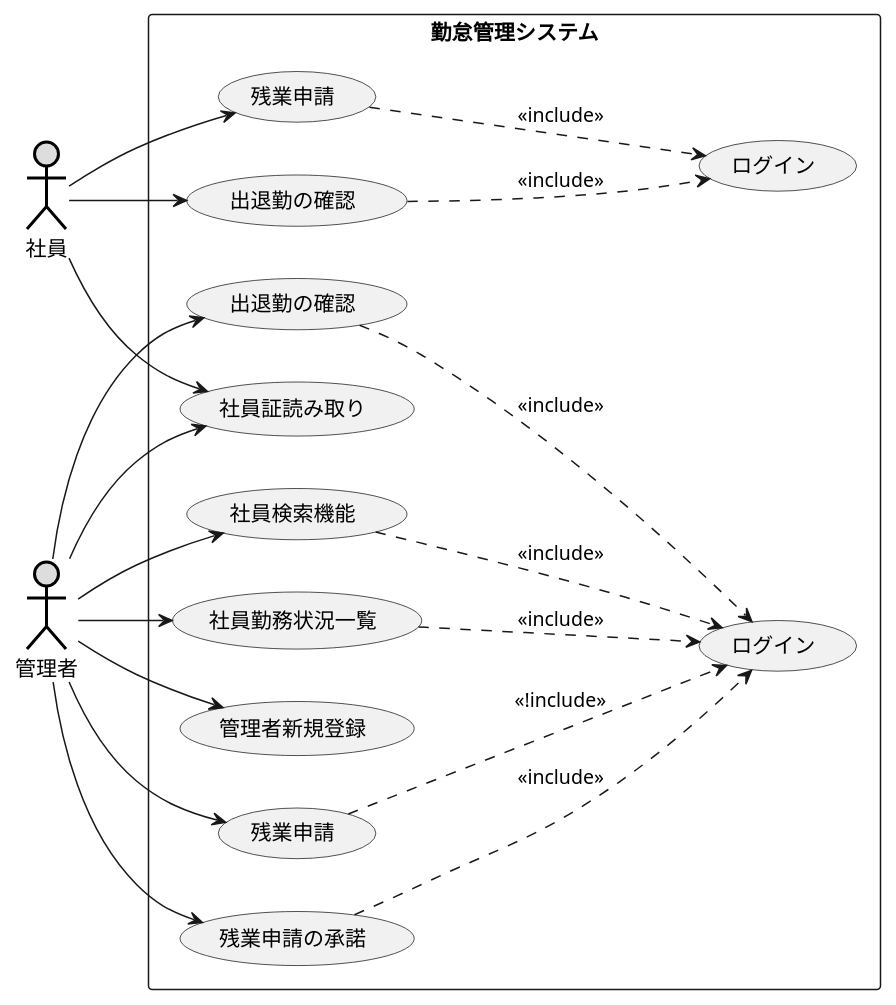
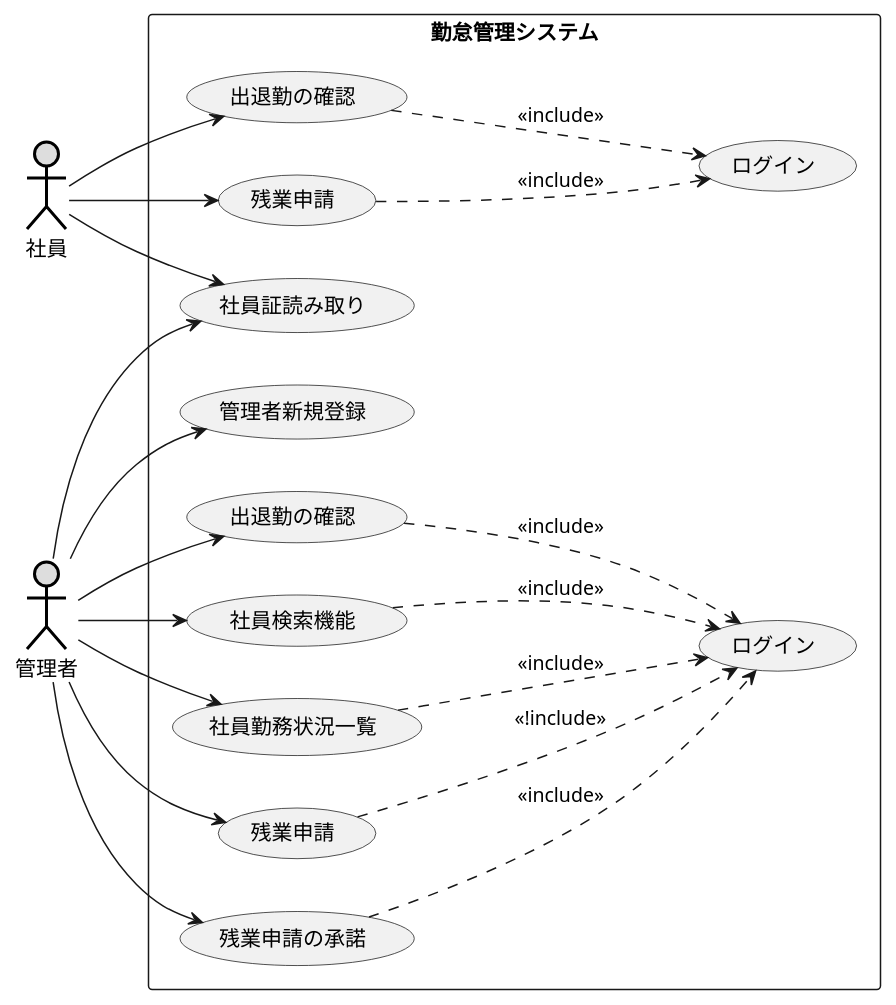
One commit to hosoya0503/uml-intro changed the diagram in pro.pu. Above: the diagram before and after it, drawn with PlantUML.

Commit message:
残業訂正

```diff
--- a/pro.pu
+++ b/pro.pu
@@ -1,38 +1,40 @@
 @startuml プロジェクト開発
 left to right direction
 actor 社員 #DDDDDD;line:black;line.bold;
 actor 管理者 #DDDDDD;line:black;line.bold;
 rectangle 勤怠管理システム {
-    usecase 社員証読み取り
+
     usecase ログイン as 社員ログイン
     usecase 出退勤の確認 as 社員用確認
     usecase 残業申請 as 社員残業
-
+    usecase 社員証読み取り
+    
     usecase ログイン as 管理者ログイン
     usecase 管理者新規登録
     usecase 出退勤の確認 as 管理者用確認
     usecase 社員検索機能
     usecase 社員勤務状況一覧
     usecase 残業申請 as 管理者残業
     usecase 残業申請の承諾
 
 }
 社員 --> 社員証読み取り
 社員 --> 社員用確認
 社員用確認 --.> 社員ログイン: << include >>
 社員 --> 社員残業
 社員残業 --.> 社員ログイン: << include >>
 
 管理者 --> 社員証読み取り
 管理者 --> 管理者新規登録
 管理者 --> 管理者用確認
 管理者用確認 --.> 管理者ログイン: << include >>
 管理者 --> 社員検索機能
 社員検索機能 --.> 管理者ログイン: << include >>
 管理者 --> 社員勤務状況一覧
 社員勤務状況一覧 --.> 管理者ログイン: << include >>
 管理者 --> 管理者残業
 管理者残業 --.> 管理者ログイン: << !include >>
 管理者 --> 残業申請の承諾
 残業申請の承諾 --.> 管理者ログイン: << include >>
+
 @enduml
```
